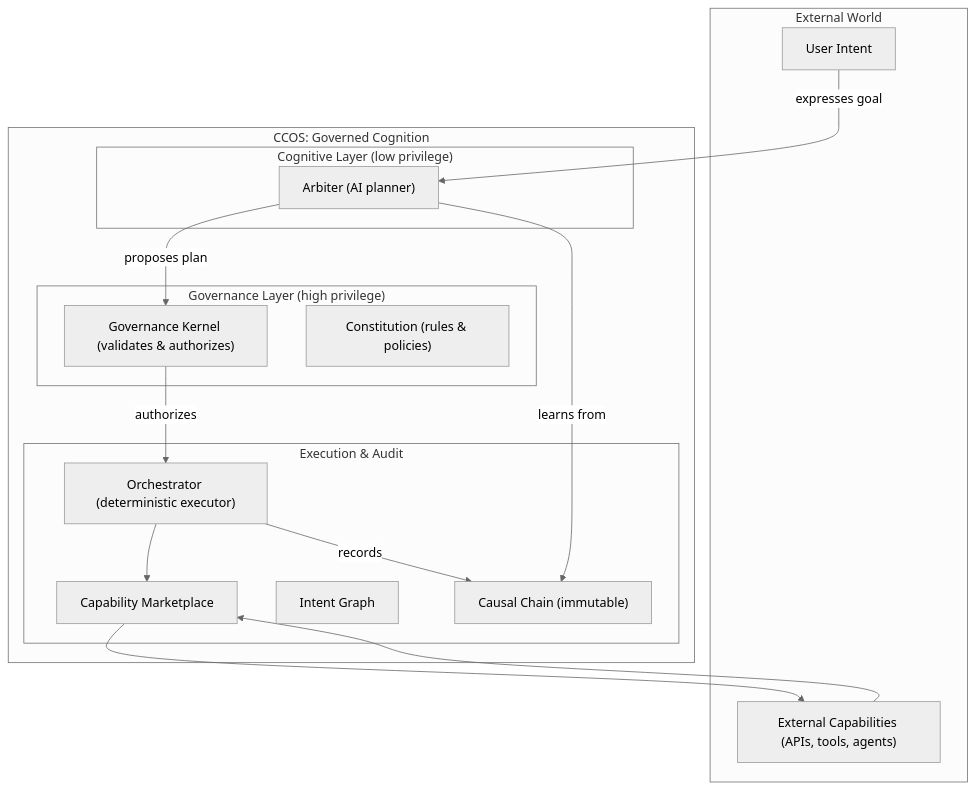
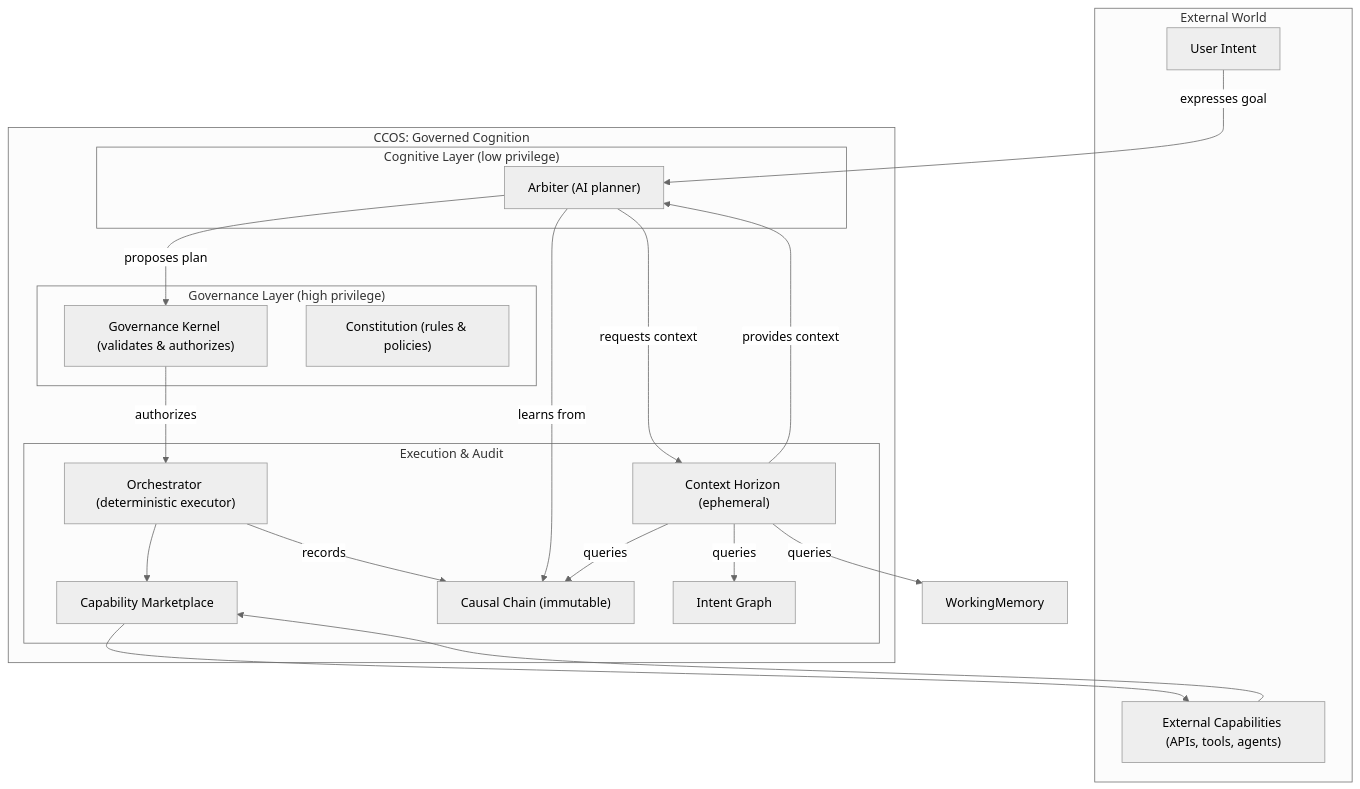
Before and after one commit to mandubian/ccos: the diagram in docs/ccos/specs/README.md, drawn with Mermaid (neutral theme). The commit also changed other lines of this file and 8 other files, not shown here.

````diff
--- a/docs/ccos/specs/README.md
+++ b/docs/ccos/specs/README.md
@@ -34,32 +34,38 @@
 ```mermaid
 graph TD
     subgraph "External World"
         U["User Intent"]
         ExtAgents["External Capabilities (APIs, tools, agents)"]
     end
 
-    subgraph "CCOS: Governed Cognition"
-        subgraph "Cognitive Layer (low privilege)"
-            Arbiter["Arbiter (AI planner)"]
-        end
-        subgraph "Governance Layer (high privilege)"
-            Kernel["Governance Kernel (validates & authorizes)"]
-            Constitution["Constitution (rules & policies)"]
-        end
-        subgraph "Execution & Audit"
-            Orchestrator["Orchestrator (deterministic executor)"]
-            Marketplace["Capability Marketplace"]
-            IntentGraph["Intent Graph"]
-            CausalChain["Causal Chain (immutable)"]
-        end
+     subgraph "CCOS: Governed Cognition"
+         subgraph "Cognitive Layer (low privilege)"
+             Arbiter["Arbiter (AI planner)"]
+         end
+         subgraph "Governance Layer (high privilege)"
+             Kernel["Governance Kernel (validates & authorizes)"]
+             Constitution["Constitution (rules & policies)"]
+         end
+         subgraph "Execution & Audit"
+             Orchestrator["Orchestrator (deterministic executor)"]
+             Marketplace["Capability Marketplace"]
+             IntentGraph["Intent Graph"]
+             CausalChain["Causal Chain (immutable)"]
+             ContextHorizon["Context Horizon (ephemeral)"]
+         end
     end
 
     U -->|expresses goal| Arbiter
     Arbiter -->|proposes plan| Kernel
     Kernel -->|authorizes| Orchestrator
     Orchestrator --> Marketplace
     Marketplace --> ExtAgents
     ExtAgents --> Marketplace
     Orchestrator -->|records| CausalChain
     Arbiter -->|learns from| CausalChain
+    Arbiter -->|requests context| ContextHorizon
+    ContextHorizon -->|provides context| Arbiter
+    ContextHorizon -->|queries| CausalChain
+    ContextHorizon -->|queries| IntentGraph
+    ContextHorizon -->|queries| WorkingMemory
 ```
````
